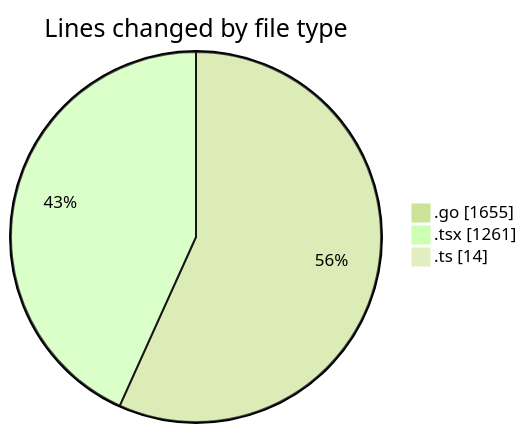
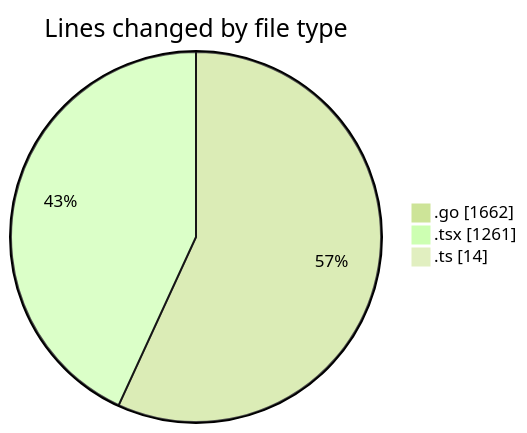
One commit to robertbonfada/code-tracking changed the first of 2 diagrams in 2025-03-05/termonied_testador/README.md. Above: the diagram before and after it, drawn with Mermaid (forest theme). The commit also changed other lines of this file and 1 other file, not shown here.

````diff
--- a/2025-03-05/termonied_testador/README.md
+++ b/2025-03-05/termonied_testador/README.md
@@ -31,7 +31,7 @@
 ```mermaid
 pie showData
 title Lines changed by file type
-".go" : 1655
+".go" : 1662
 ".tsx" : 1261
 ".ts" : 14
 ```
````
